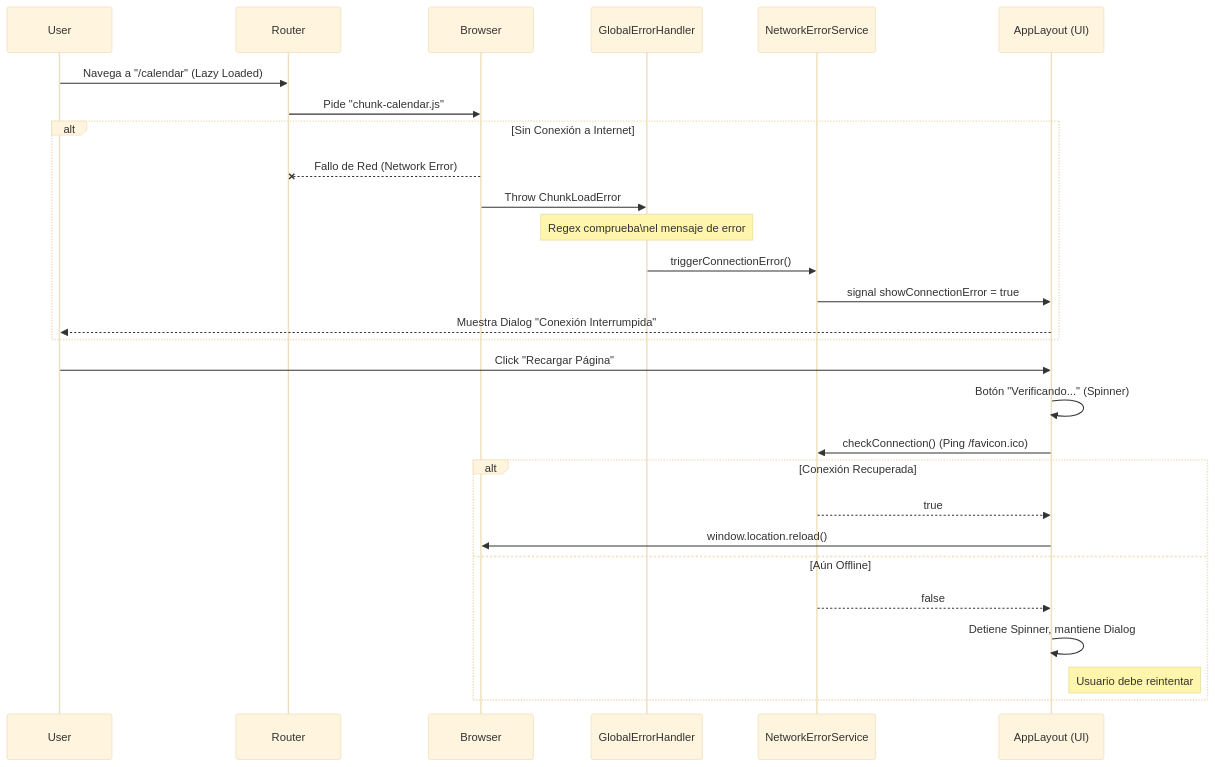
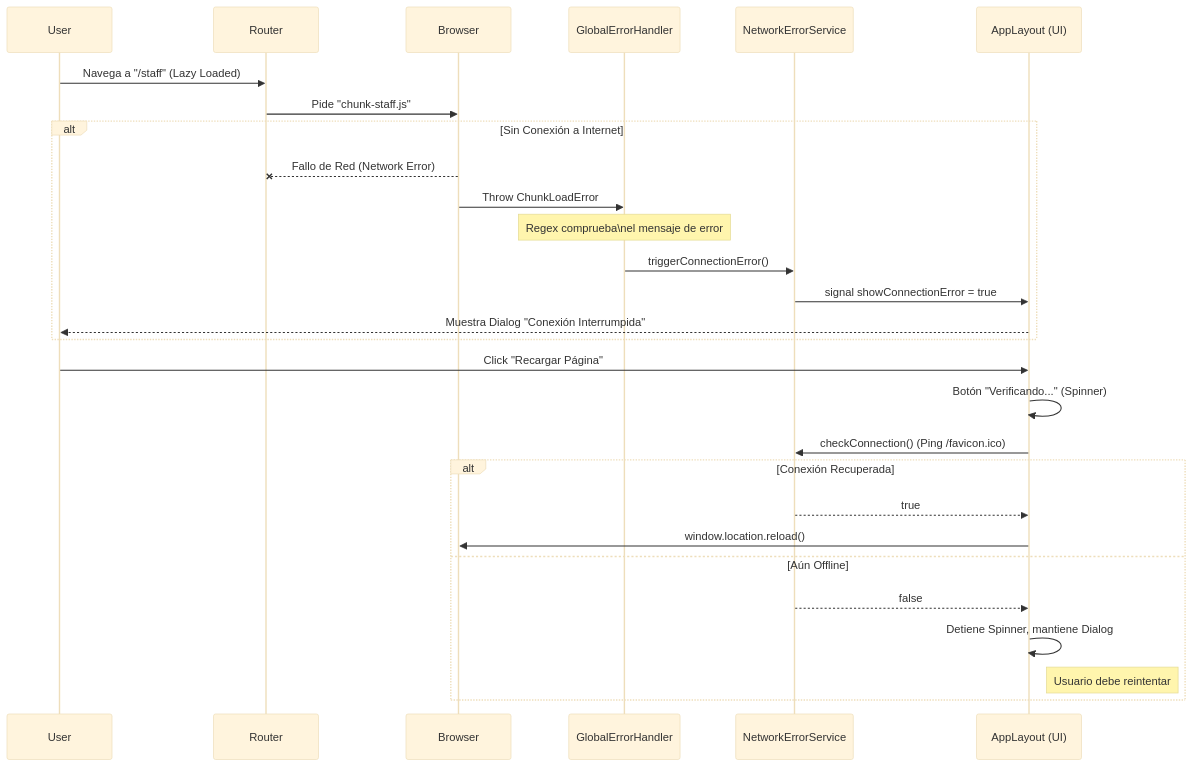
One commit to henrytaby/uyuni-frontend-ng changed the diagram in docs/NETWORK_RESILIENCE.md. Above: the diagram before and after it, drawn with Mermaid (base theme). The commit also changed 13 other files, not shown here.

Commit message:
refactor: update repository paths, project documentation, and architecture specifications to align with latest structural changes

````diff
--- a/docs/NETWORK_RESILIENCE.md
+++ b/docs/NETWORK_RESILIENCE.md
@@ -60,37 +60,37 @@
 ```mermaid
 sequenceDiagram
     participant User
     participant Router
     participant Browser
     participant ErrorHandler as GlobalErrorHandler
     participant Service as NetworkErrorService
     participant Layout as AppLayout (UI)
 
-    User->>Router: Navega a "/calendar" (Lazy Loaded)
-    Router->>Browser: Pide "chunk-calendar.js"
+    User->>Router: Navega a "/staff" (Lazy Loaded)
+    Router->>Browser: Pide "chunk-staff.js"
     
     alt Sin Conexión a Internet
         Browser--xRouter: Fallo de Red (Network Error)
         Browser->>ErrorHandler: Throw ChunkLoadError
         
         Note over ErrorHandler: Regex comprueba\nel mensaje de error
         
         ErrorHandler->>Service: triggerConnectionError()
         Service->>Layout: signal showConnectionError = true
         
         Layout-->>User: Muestra Dialog "Conexión Interrumpida"
     end
     
     User->>Layout: Click "Recargar Página"
     Layout->>Layout: Botón "Verificando..." (Spinner)
     Layout->>Service: checkConnection() (Ping /favicon.ico)
     
     alt Conexión Recuperada
         Service-->>Layout: true
         Layout->>Browser: window.location.reload()
     else Aún Offline
         Service-->>Layout: false
         Layout->>Layout: Detiene Spinner, mantiene Dialog
         Note right of Layout: Usuario debe reintentar
     end
 ```
````
